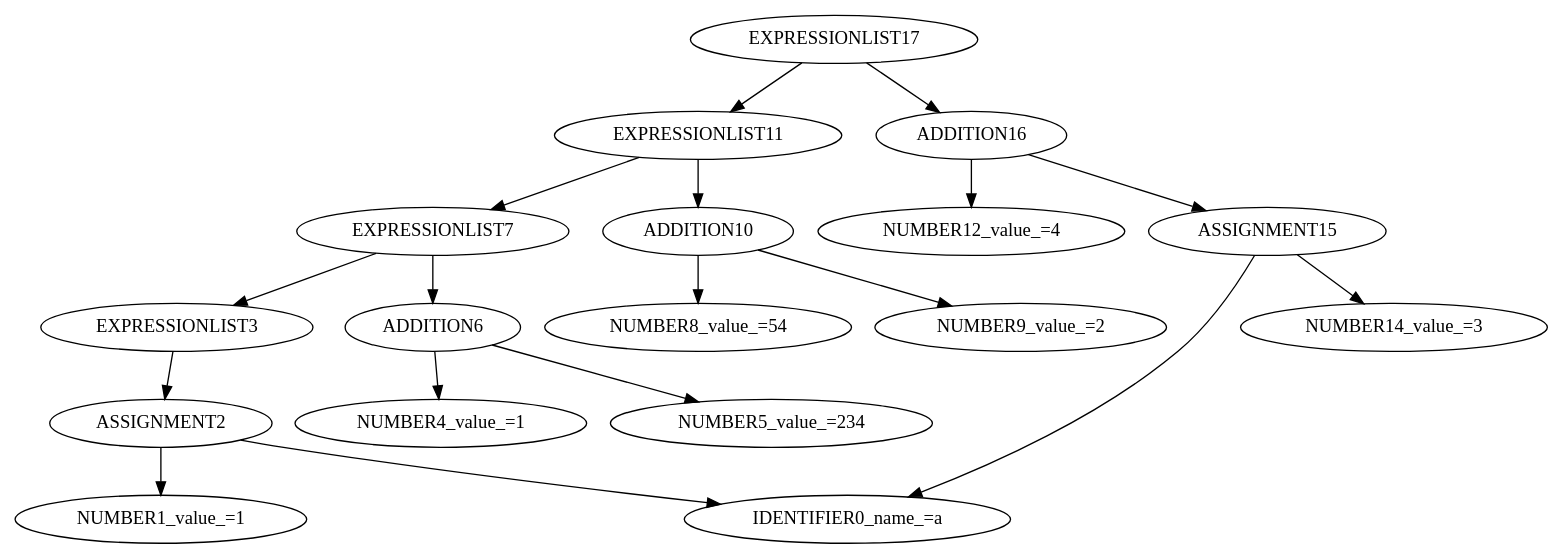
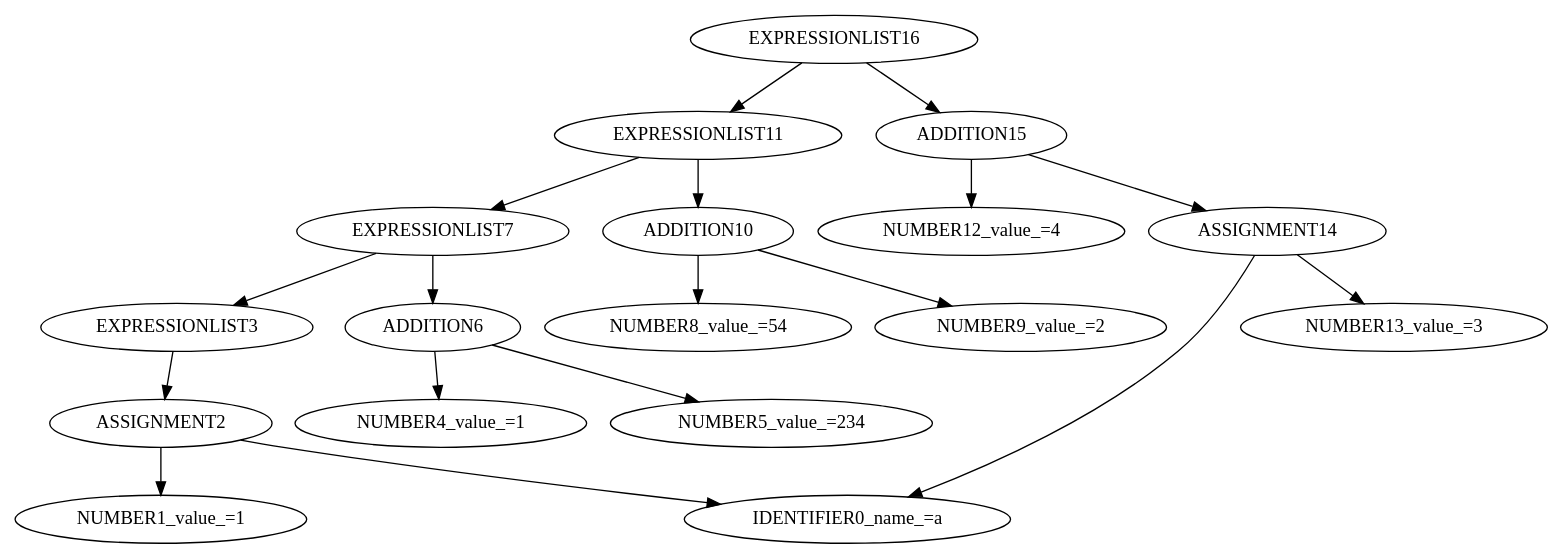
Before and after one commit to dhmhgreCompilers1/BisonProjectTemplate: the diagram in BisonSymbolTableIntro/output.dot, drawn with Graphviz. The commit also changed 6 other files, not shown here.

First line of the commit message:
Refactor symbol table handling and update graph structure

```diff
--- a/BisonSymbolTableIntro/output.dot
+++ b/BisonSymbolTableIntro/output.dot
@@ -1,19 +1,19 @@
 digraph G {
-"EXPRESSIONLIST17" -> "EXPRESSIONLIST11";
+"EXPRESSIONLIST16" -> "EXPRESSIONLIST11";
 "EXPRESSIONLIST11" -> "EXPRESSIONLIST7";
 "EXPRESSIONLIST7" -> "EXPRESSIONLIST3";
 "EXPRESSIONLIST3" -> "ASSIGNMENT2";
 "ASSIGNMENT2" -> "IDENTIFIER0_name_=a";
 "ASSIGNMENT2" -> "NUMBER1_value_=1";
 "EXPRESSIONLIST7" -> "ADDITION6";
 "ADDITION6" -> "NUMBER4_value_=1";
 "ADDITION6" -> "NUMBER5_value_=234";
 "EXPRESSIONLIST11" -> "ADDITION10";
 "ADDITION10" -> "NUMBER8_value_=54";
 "ADDITION10" -> "NUMBER9_value_=2";
-"EXPRESSIONLIST17" -> "ADDITION16";
-"ADDITION16" -> "NUMBER12_value_=4";
-"ADDITION16" -> "ASSIGNMENT15";
-"ASSIGNMENT15" -> "IDENTIFIER0_name_=a";
-"ASSIGNMENT15" -> "NUMBER14_value_=3";
+"EXPRESSIONLIST16" -> "ADDITION15";
+"ADDITION15" -> "NUMBER12_value_=4";
+"ADDITION15" -> "ASSIGNMENT14";
+"ASSIGNMENT14" -> "IDENTIFIER0_name_=a";
+"ASSIGNMENT14" -> "NUMBER13_value_=3";
 }
```
